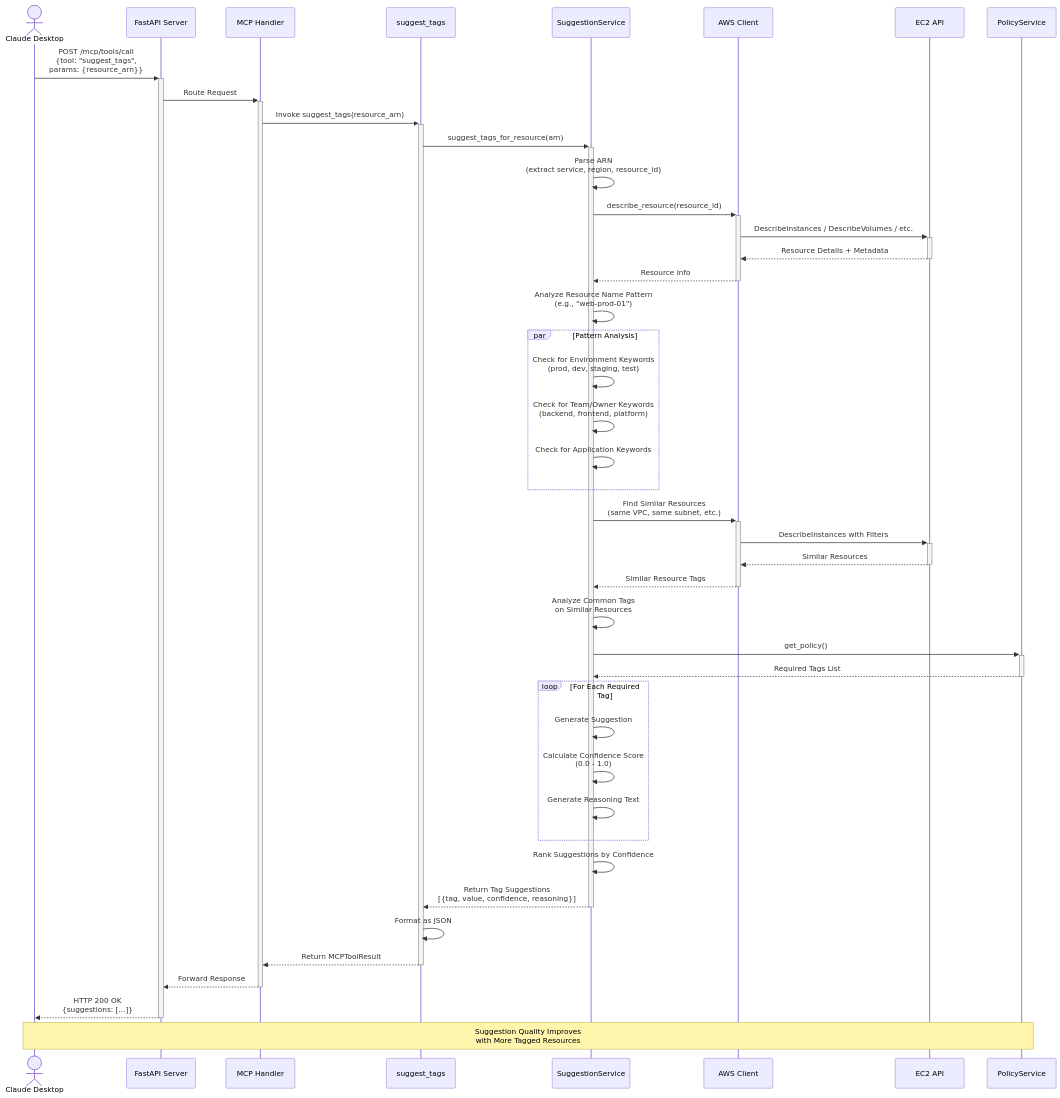
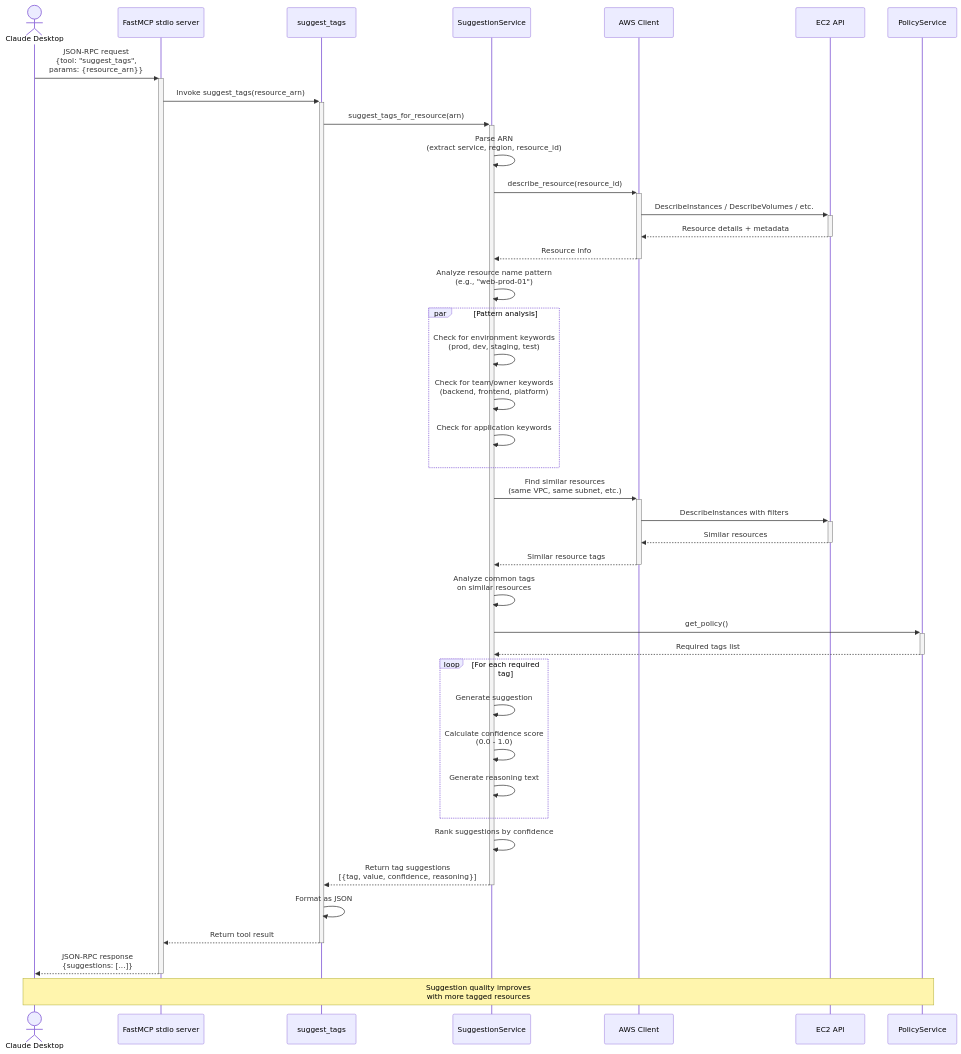
Before and after one commit to OptimNow/finops-tag-compliance-mcp: the second of 5 diagrams in docs/diagrams/03-sequence-diagrams.md, drawn with Mermaid. The commit also changed other lines of this file and 6 other files, not shown here.

First line of the commit message:
docs: rewrite diagrams for stdio architecture, delete HTTP-only docs

````diff
--- a/docs/diagrams/03-sequence-diagrams.md
+++ b/docs/diagrams/03-sequence-diagrams.md
@@ -118,60 +121,57 @@
 ```mermaid
 sequenceDiagram
     actor User as Claude Desktop
-    participant API as FastAPI Server
-    participant MCP as MCP Handler
+    participant MCP as FastMCP stdio server
     participant Tool as suggest_tags
     participant SS as SuggestionService
     participant AWS as AWS Client
     participant EC2 as EC2 API
     participant PS as PolicyService
 
-    User->>+API: POST /mcp/tools/call<br/>{tool: "suggest_tags",<br/>params: {resource_arn}}
+    User->>+MCP: JSON-RPC request<br/>{tool: "suggest_tags",<br/>params: {resource_arn}}
 
-    API->>+MCP: Route Request
     MCP->>+Tool: Invoke suggest_tags(resource_arn)
 
     Tool->>+SS: suggest_tags_for_resource(arn)
 
     SS->>SS: Parse ARN<br/>(extract service, region, resource_id)
 
     SS->>+AWS: describe_resource(resource_id)
     AWS->>+EC2: DescribeInstances / DescribeVolumes / etc.
-    EC2-->>-AWS: Resource Details + Metadata
-    AWS-->>-SS: Resource Info
+    EC2-->>-AWS: Resource details + metadata
+    AWS-->>-SS: Resource info
 
-    SS->>SS: Analyze Resource Name Pattern<br/>(e.g., "web-prod-01")
+    SS->>SS: Analyze resource name pattern<br/>(e.g., "web-prod-01")
 
-    par Pattern Analysis
-        SS->>SS: Check for Environment Keywords<br/>(prod, dev, staging, test)
-        SS->>SS: Check for Team/Owner Keywords<br/>(backend, frontend, platform)
-        SS->>SS: Check for Application Keywords
+    par Pattern analysis
+        SS->>SS: Check for environment keywords<br/>(prod, dev, staging, test)
+        SS->>SS: Check for team/owner keywords<br/>(backend, frontend, platform)
+        SS->>SS: Check for application keywords
     end
 
-    SS->>+AWS: Find Similar Resources<br/>(same VPC, same subnet, etc.)
-    AWS->>+EC2: DescribeInstances with Filters
-    EC2-->>-AWS: Similar Resources
-    AWS-->>-SS: Similar Resource Tags
+    SS->>+AWS: Find similar resources<br/>(same VPC, same subnet, etc.)
+    AWS->>+EC2: DescribeInstances with filters
+    EC2-->>-AWS: Similar resources
+    AWS-->>-SS: Similar resource tags
 
-    SS->>SS: Analyze Common Tags<br/>on Similar Resources
+    SS->>SS: Analyze common tags<br/>on similar resources
 
     SS->>+PS: get_policy()
-    PS-->>-SS: Required Tags List
+    PS-->>-SS: Required tags list
 
-    loop For Each Required Tag
-        SS->>SS: Generate Suggestion
-        SS->>SS: Calculate Confidence Score<br/>(0.0 - 1.0)
-        SS->>SS: Generate Reasoning Text
+    loop For each required tag
+        SS->>SS: Generate suggestion
+        SS->>SS: Calculate confidence score<br/>(0.0 - 1.0)
+        SS->>SS: Generate reasoning text
     end
 
-    SS->>SS: Rank Suggestions by Confidence
+    SS->>SS: Rank suggestions by confidence
 
-    SS-->>-Tool: Return Tag Suggestions<br/>[{tag, value, confidence, reasoning}]
+    SS-->>-Tool: Return tag suggestions<br/>[{tag, value, confidence, reasoning}]
 
     Tool->>Tool: Format as JSON
-    Tool-->>-MCP: Return MCPToolResult
-    MCP-->>-API: Forward Response
-    API-->>-User: HTTP 200 OK<br/>{suggestions: [...]}
+    Tool-->>-MCP: Return tool result
+    MCP-->>-User: JSON-RPC response<br/>{suggestions: [...]}
 
-    Note over User,PS: Suggestion Quality Improves<br/>with More Tagged Resources
+    Note over User,PS: Suggestion quality improves<br/>with more tagged resources
 ```
````
